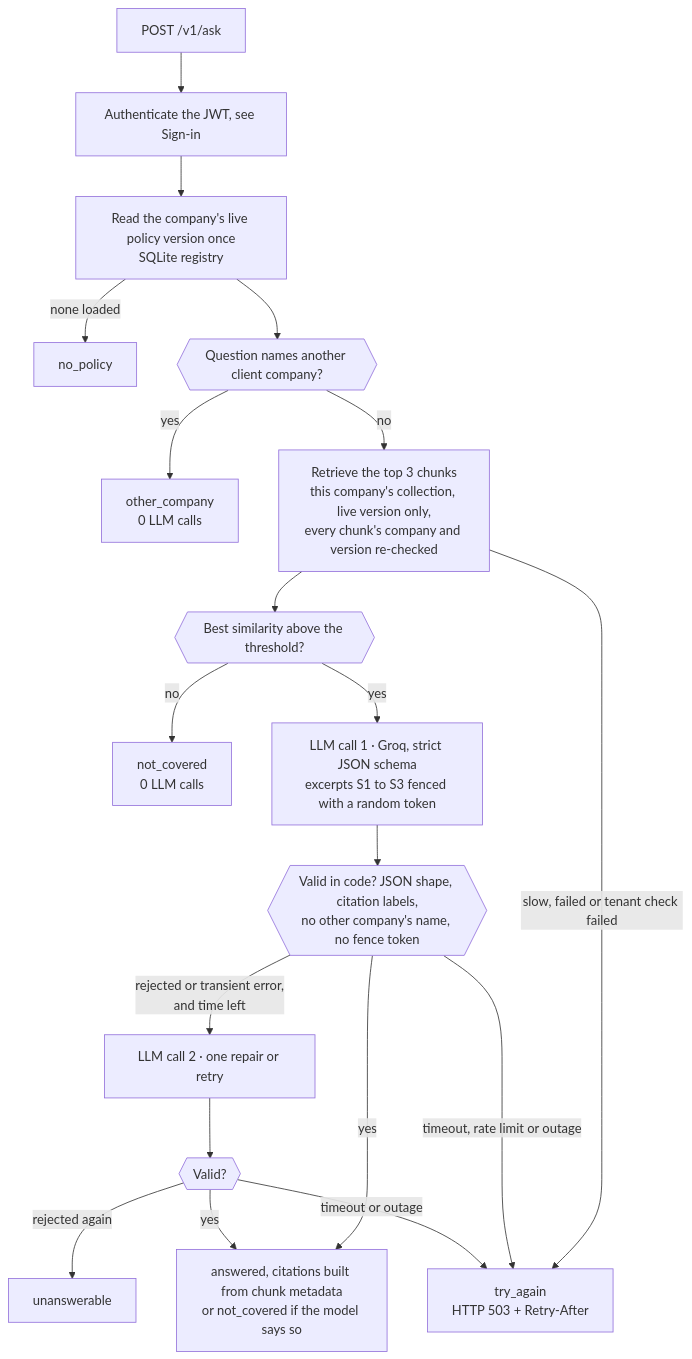
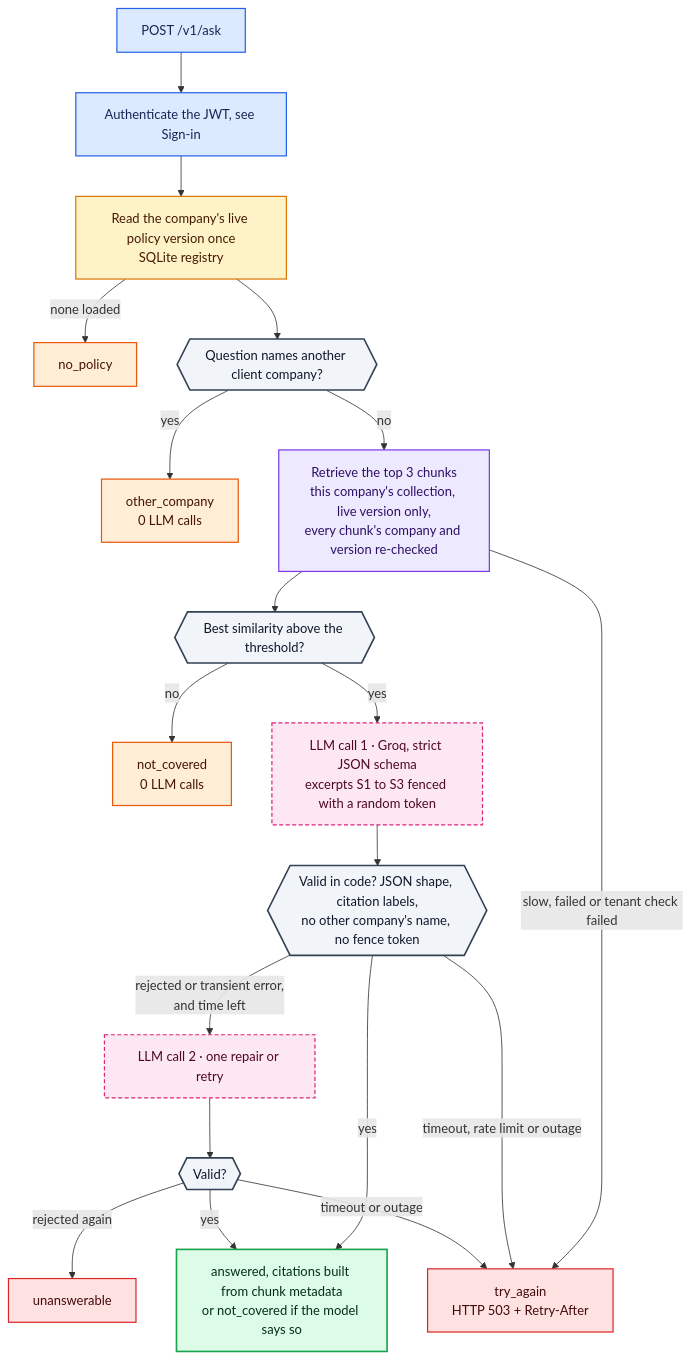
One commit to mrhello291/commute-policy-assistant changed the second of 5 diagrams in README.md. Above: the diagram before and after it, drawn with Mermaid. The commit also changed other lines of this file, not shown here.

Commit message:
Colour the README diagrams by what each box is

````diff
--- a/README.md
+++ b/README.md
@@ -341,21 +341,38 @@
 ```mermaid
 flowchart TD
     Q["POST /v1/ask"] --> AUTH["Authenticate the JWT, see Sign-in"]
     AUTH --> LIVE["Read the company's live policy version once<br/>SQLite registry"]
     LIVE -->|"none loaded"| NP["no_policy"]
     LIVE --> OTHER{{"Question names another client company?"}}
     OTHER -->|"yes"| OC["other_company<br/>0 LLM calls"]
     OTHER -->|"no"| RET["Retrieve the top 3 chunks<br/>this company's collection, live version only,<br/>every chunk's company and version re-checked"]
     RET -->|"slow, failed or tenant check failed"| TA["try_again<br/>HTTP 503 + Retry-After"]
     RET --> TH{{"Best similarity above the threshold?"}}
     TH -->|"no"| NC["not_covered<br/>0 LLM calls"]
     TH -->|"yes"| LLM["LLM call 1 · Groq, strict JSON schema<br/>excerpts S1 to S3 fenced with a random token"]
     LLM --> VAL{{"Valid in code? JSON shape, citation labels,<br/>no other company's name, no fence token"}}
     VAL -->|"rejected or transient error,<br/>and time left"| LLM2["LLM call 2 · one repair or retry"]
     LLM2 --> VAL2{{"Valid?"}}
     VAL -->|"yes"| OK["answered, citations built from chunk metadata<br/>or not_covered if the model says so"]
     VAL2 -->|"yes"| OK
     VAL2 -->|"rejected again"| UN["unanswerable"]
     VAL -->|"timeout, rate limit or outage"| TA
     VAL2 -->|"timeout or outage"| TA
+
+    classDef api fill:#dbeafe,stroke:#2563eb,stroke-width:1.5px,color:#172554
+    classDef gate fill:#f1f5f9,stroke:#334155,stroke-width:2px,color:#0f172a
+    classDef svc fill:#ede9fe,stroke:#7c3aed,stroke-width:1.5px,color:#2e1065
+    classDef store fill:#fef3c7,stroke:#d97706,stroke-width:1.5px,color:#451a03
+    classDef ext fill:#fce7f3,stroke:#db2777,stroke-width:1.5px,color:#500724,stroke-dasharray:5 3
+    classDef ok fill:#dcfce7,stroke:#16a34a,stroke-width:2px,color:#052e16
+    classDef stop fill:#ffedd5,stroke:#ea580c,stroke-width:1.5px,color:#431407
+    classDef bad fill:#fee2e2,stroke:#dc2626,stroke-width:1.5px,color:#450a0a
+    class Q,AUTH api
+    class LIVE store
+    class RET svc
+    class OTHER,TH,VAL,VAL2 gate
+    class LLM,LLM2 ext
+    class OK ok
+    class NP,OC,NC stop
+    class TA,UN bad
 ```
````
